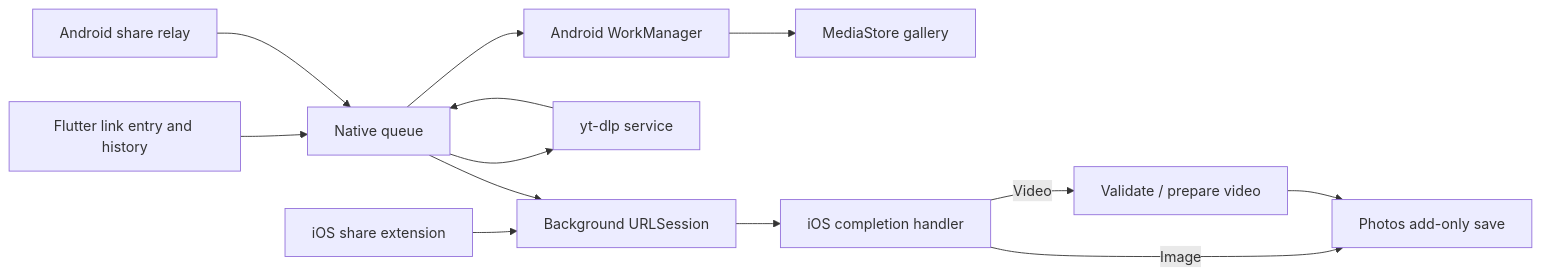
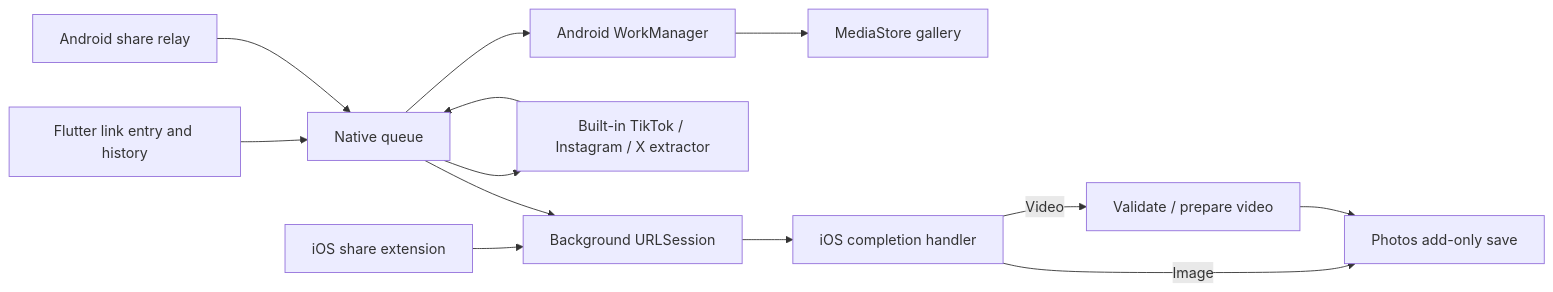
The diagram in README.md (stardewjames/maiDL), drawn with Mermaid before and after one commit. The commit also changed other lines of this file and 30 other files, not shown here.

Commit message:
Replace server resolver with built-in social extraction

````diff
--- a/README.md
+++ b/README.md
@@ -135,15 +135,15 @@
 ```mermaid
 flowchart LR
     UI[Flutter link entry and history] --> Native[Native queue]
     AndroidShare[Android share relay] --> Native
     IOSShare[iOS share extension] --> Session[Background URLSession]
-    Native --> Resolver[yt-dlp service]
-    Resolver --> Native
+    Native --> Extractor[Built-in TikTok / Instagram / X extractor]
+    Extractor --> Native
     Native --> Worker[Android WorkManager]
     Native --> Session
     Worker --> Store[MediaStore gallery]
     Session --> Completion[iOS completion handler]
     Completion -->|Video| Preparation[Validate / prepare video]
     Completion -->|Image| Photos[Photos add-only save]
     Preparation --> Photos
 ```
````
